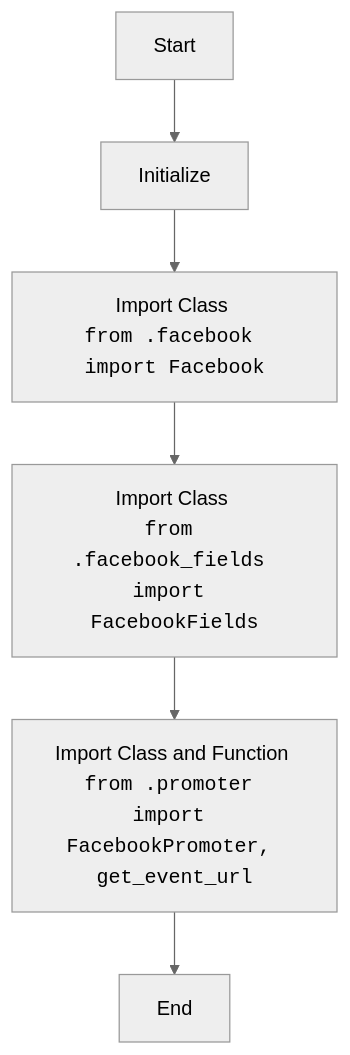
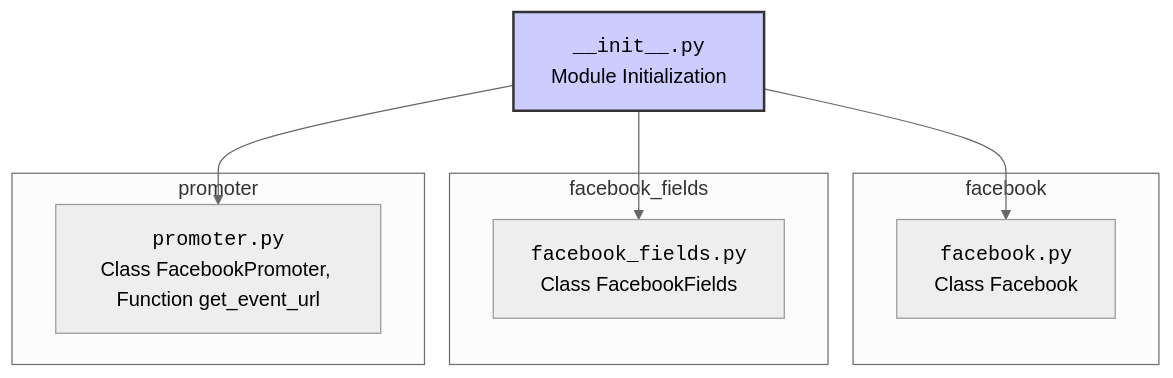
One commit to hypo69/hypo changed the second of 2 diagrams in docs/gemini/ru/explainer/src/endpoints/advertisement/facebook/__init__.py.md. Above: the diagram before and after it, drawn with Mermaid (neutral theme). The commit also changed other lines of this file and 1505 other files, not shown here.

````diff
--- a/docs/gemini/ru/explainer/src/endpoints/advertisement/facebook/__init__.py.md
+++ b/docs/gemini/ru/explainer/src/endpoints/advertisement/facebook/__init__.py.md
@@ -19,8 +31,20 @@
 ```mermaid
 flowchart TD
-    Start --> InitMode[Initialize ]
-    InitMode --> ImportFacebookClass[Import Class <br><code>from .facebook import Facebook</code>]
-    ImportFacebookClass --> ImportFacebookFieldsClass[Import Class <br><code>from .facebook_fields import FacebookFields</code>]
-    ImportFacebookFieldsClass --> ImportPromoterClassAndFunction[Import Class and Function <br><code>from .promoter import FacebookPromoter, get_event_url</code>]
-    ImportPromoterClassAndFunction --> End
+    subgraph facebook
+        facebook_module[<code>facebook.py</code><br>Class Facebook]
+    end
+    
+    subgraph facebook_fields
+        facebook_fields_module[<code>facebook_fields.py</code><br>Class FacebookFields]
+    end
+
+    subgraph promoter
+       promoter_module[<code>promoter.py</code><br>Class FacebookPromoter, Function get_event_url]
+    end
+
+    init_module[<code>__init__.py</code><br> Module Initialization] --> facebook_module
+    init_module --> facebook_fields_module
+    init_module --> promoter_module
+
+    style init_module fill:#ccf,stroke:#333,stroke-width:2px
 ```
````
